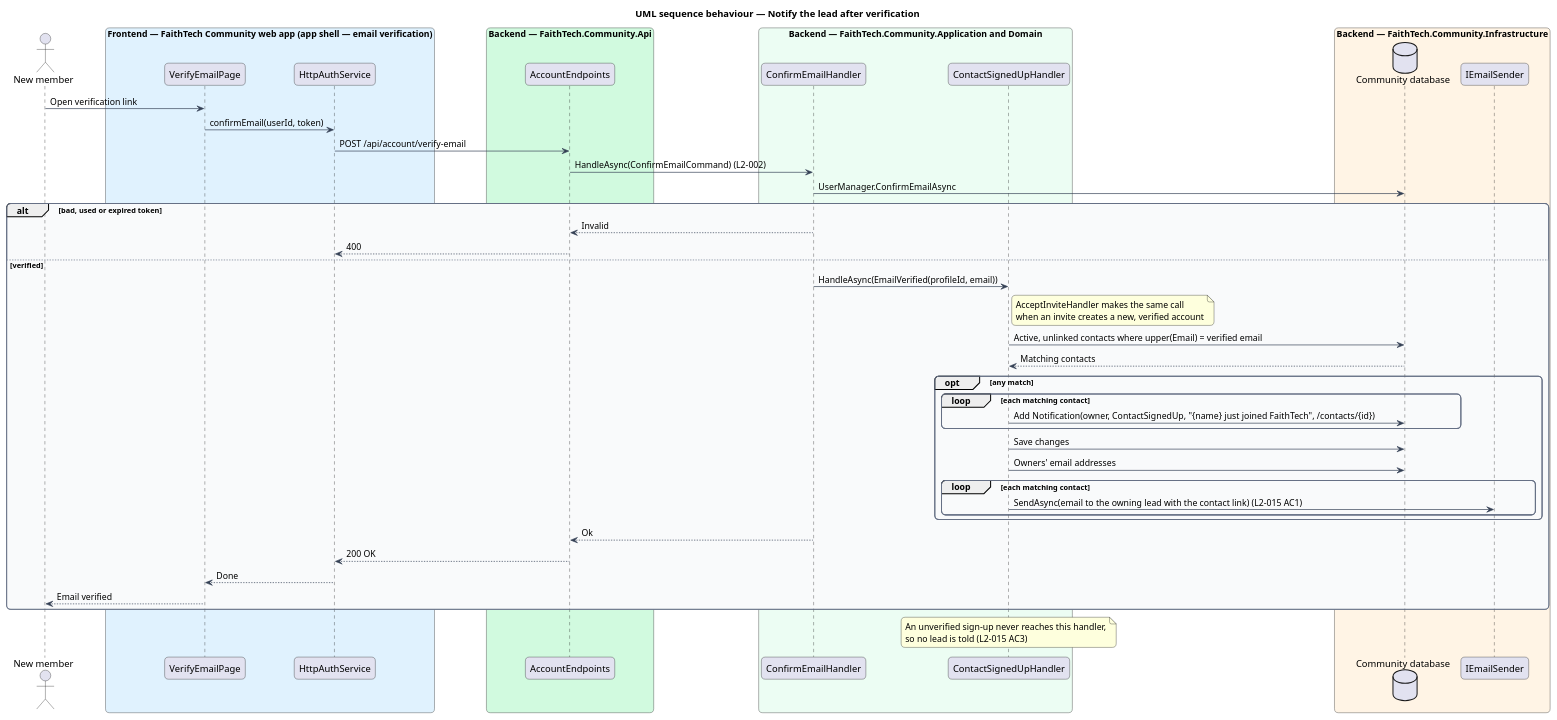
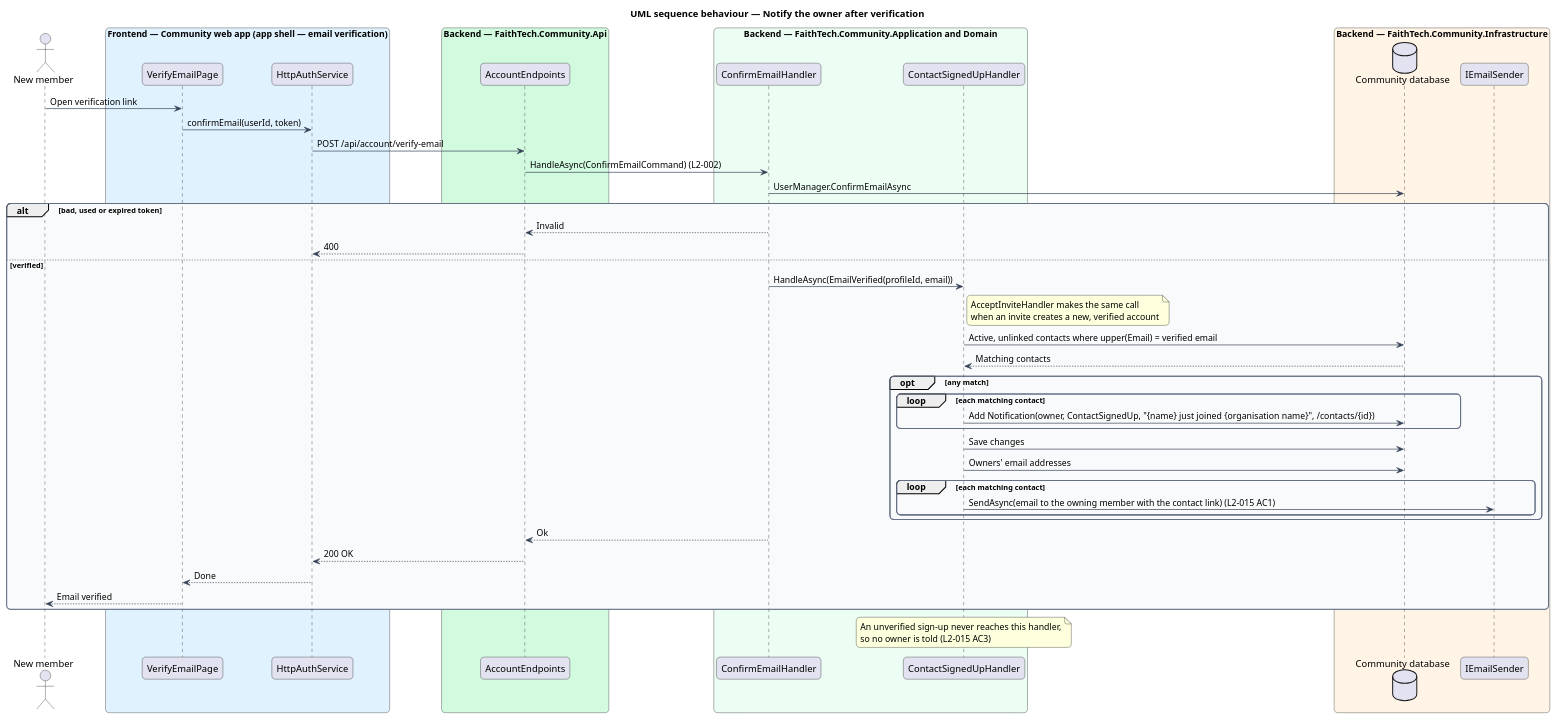
The diagram in docs/detailed-designs/contacts/link-contact-on-sign-up/diagrams/sequence-notify-lead.puml (QuinntyneBrown/faithtech-community), drawn with PlantUML before and after one commit. The commit also changed 840 other files, not shown here.

```diff
--- a/docs/detailed-designs/contacts/link-contact-on-sign-up/diagrams/sequence-notify-lead.puml
+++ b/docs/detailed-designs/contacts/link-contact-on-sign-up/diagrams/sequence-notify-lead.puml
@@ -1,62 +1,62 @@
 @startuml
-title UML sequence behaviour — Notify the lead after verification
+title UML sequence behaviour — Notify the owner after verification
 skinparam backgroundColor #FFFFFF
 skinparam shadowing false
 skinparam roundcorner 12
 skinparam defaultFontName Arial
 skinparam ArrowColor #344054
 skinparam rectangle {
   BorderColor #344054
   FontColor #101828
 }
 skinparam package {
   BorderColor #667085
   FontColor #101828
   BackgroundColor #F9FAFB
 }
 actor "New member" as actor
-box "Frontend — FaithTech Community web app (app shell — email verification)" #E0F2FE
+box "Frontend — Community web app (app shell — email verification)" #E0F2FE
   participant "VerifyEmailPage" as page
   participant "HttpAuthService" as svc
 end box
 box "Backend — FaithTech.Community.Api" #D1FADF
   participant "AccountEndpoints" as ep
 end box
 box "Backend — FaithTech.Community.Application and Domain" #ECFDF3
   participant "ConfirmEmailHandler" as v
   participant "ContactSignedUpHandler" as evt
 end box
 box "Backend — FaithTech.Community.Infrastructure" #FFF4E5
   database "Community database" as db
   participant "IEmailSender" as mail
 end box
 actor -> page : Open verification link
 page -> svc : confirmEmail(userId, token)
 svc -> ep : POST /api/account/verify-email
 ep -> v : HandleAsync(ConfirmEmailCommand) (L2-002)
 v -> db : UserManager.ConfirmEmailAsync
 alt bad, used or expired token
   v --> ep : Invalid
   ep --> svc : 400
 else verified
   v -> evt : HandleAsync(EmailVerified(profileId, email))
   note right of evt : AcceptInviteHandler makes the same call\nwhen an invite creates a new, verified account
   evt -> db : Active, unlinked contacts where upper(Email) = verified email
   db --> evt : Matching contacts
   opt any match
     loop each matching contact
-      evt -> db : Add Notification(owner, ContactSignedUp, "{name} just joined FaithTech", /contacts/{id})
+      evt -> db : Add Notification(owner, ContactSignedUp, "{name} just joined {organisation name}", /contacts/{id})
     end
     evt -> db : Save changes
     evt -> db : Owners' email addresses
     loop each matching contact
-      evt -> mail : SendAsync(email to the owning lead with the contact link) (L2-015 AC1)
+      evt -> mail : SendAsync(email to the owning member with the contact link) (L2-015 AC1)
     end
   end
   v --> ep : Ok
   ep --> svc : 200 OK
   svc --> page : Done
   page --> actor : Email verified
 end
-note over evt : An unverified sign-up never reaches this handler,\nso no lead is told (L2-015 AC3)
+note over evt : An unverified sign-up never reaches this handler,\nso no owner is told (L2-015 AC3)
 @enduml
```
